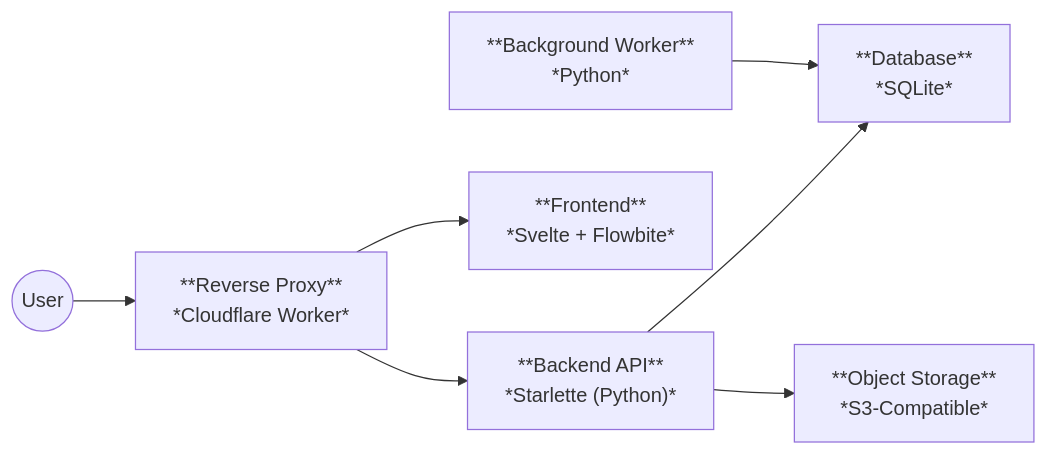
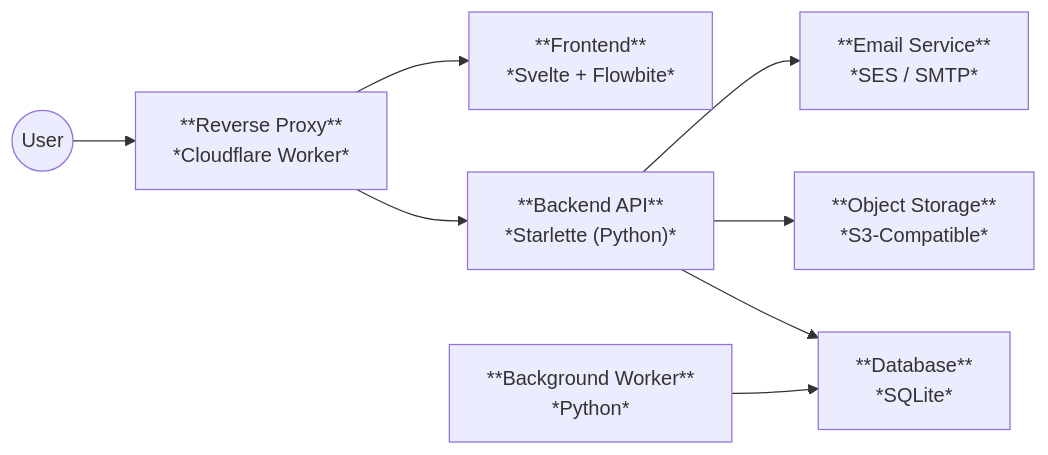
Before and after one commit to MarioKartCentral/MarioKartCentral: the first of 3 diagrams in docs/architecture.md, drawn with Mermaid. The commit also changed other lines of this file and 14 other files, not shown here.

````diff
--- a/docs/architecture.md
+++ b/docs/architecture.md
@@ -17,17 +17,19 @@
 ```mermaid
 flowchart LR
     User(("User"))
     Worker["**Reverse Proxy**<br>*Cloudflare Worker*"]
     Backend["**Backend API**<br>*Starlette (Python)*"]
     Frontend["**Frontend**<br>*Svelte + Flowbite*"]
     DB["**Database**<br>*SQLite*"]
     S3["**Object Storage**<br>*S3-Compatible*"]
     BGWorker["**Background Worker**<br>*Python*"]
+    Email["**Email Service**<br>*SES / SMTP*"]
 
     User --> Worker
     Worker --> Backend
     Worker --> Frontend
     Backend --> DB
     Backend --> S3
+    Backend --> Email
     BGWorker --> DB
 ```
````
